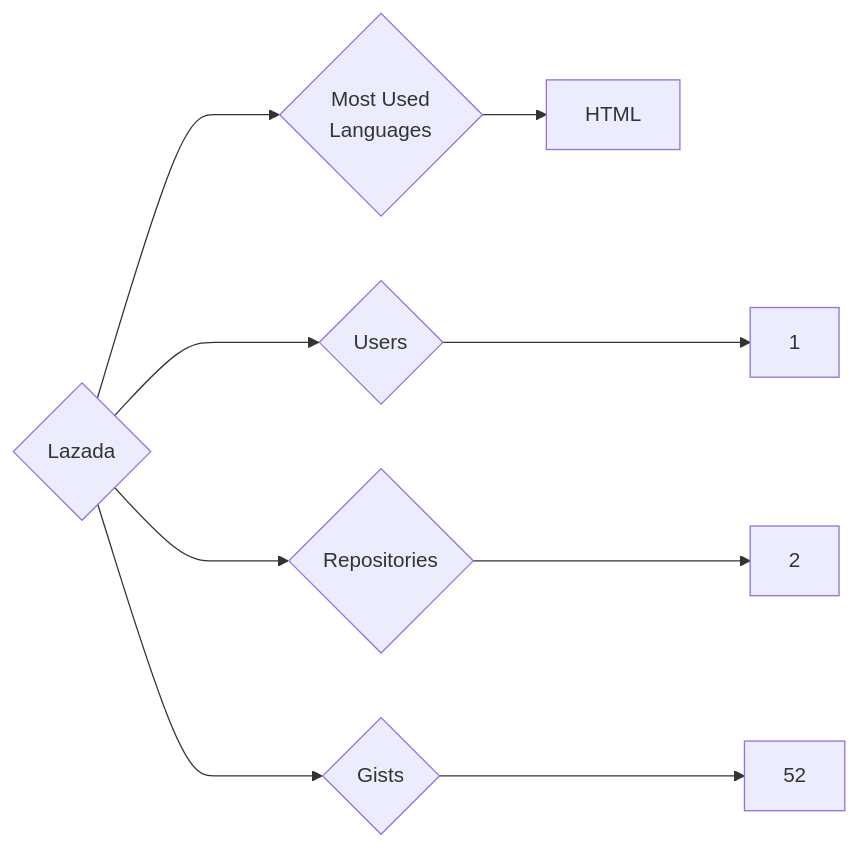
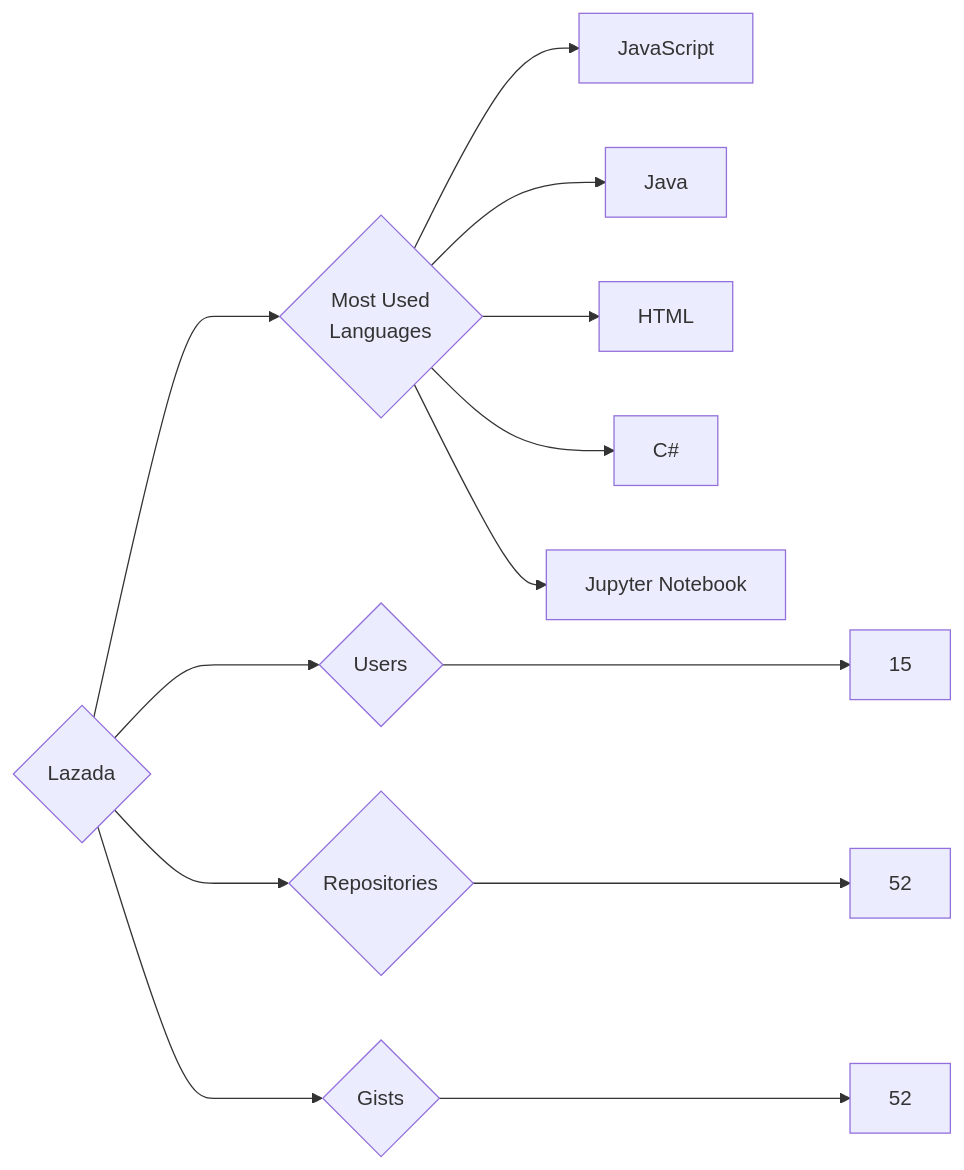
Before and after one commit to trickest/insiders: the diagram in targets/Lazada/README.md, drawn with Mermaid. The commit also changed 847 other files, not shown here.

````diff
--- a/targets/Lazada/README.md
+++ b/targets/Lazada/README.md
@@ -3,9 +3,13 @@
 ```mermaid
 graph LR
 COMPANY_NAME{Lazada}
-COMPANY_NAME ---> U{Users} ---> UN[1]
-COMPANY_NAME ---> R{Repositories} ---> RN[2]
+COMPANY_NAME ---> U{Users} ---> UN[15]
+COMPANY_NAME ---> R{Repositories} ---> RN[52]
 COMPANY_NAME ---> G{Gists} ---> GN[52]
 COMPANY_NAME ---> ML{Most Used<br>Languages}
+ML --> JavaScript[JavaScript]
+ML --> Java[Java]
 ML --> HTML[HTML]
+ML --> C#[C#]
+ML --> Jupyter_Notebook[Jupyter Notebook]
 ```
````
